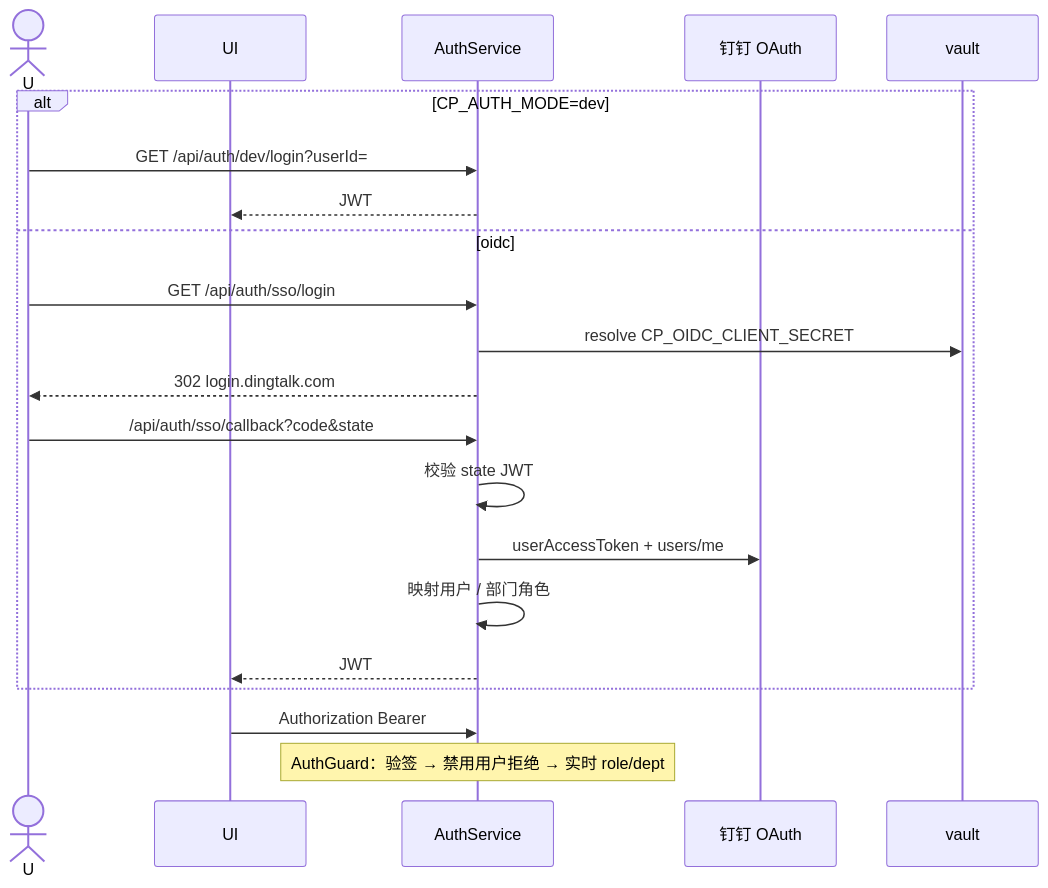
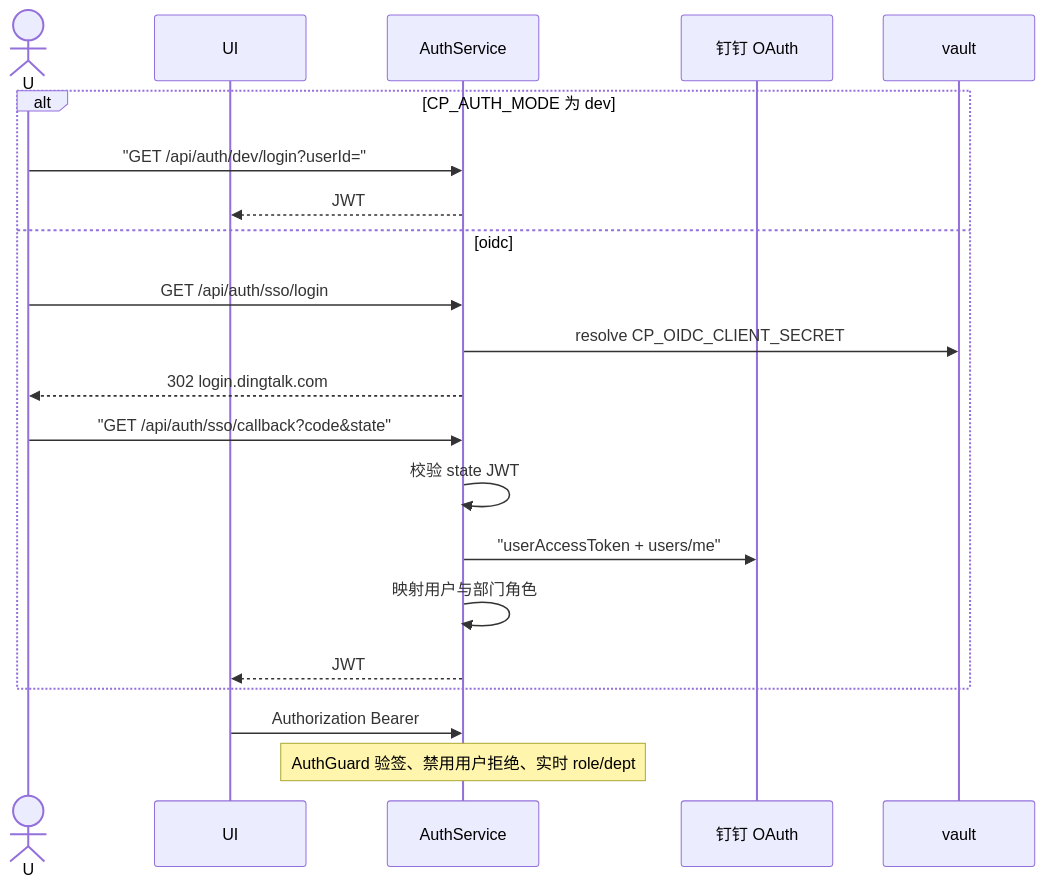
The ninth of 12 diagrams in docs/system-arch42.md (jackyqj/ai-agent-platform), drawn with Mermaid before and after one commit. The commit also changed other lines of this file, not shown here.

````diff
--- a/docs/system-arch42.md
+++ b/docs/system-arch42.md
@@ -497,24 +497,24 @@
 ```mermaid
 sequenceDiagram
   actor U
   participant UI
   participant CP as AuthService
   participant DT as 钉钉 OAuth
   participant V as vault
 
-  alt CP_AUTH_MODE=dev
-    U->>CP: GET /api/auth/dev/login?userId=
+  alt CP_AUTH_MODE 为 dev
+    U->>CP: "GET /api/auth/dev/login?userId="
     CP-->>UI: JWT
   else oidc
     U->>CP: GET /api/auth/sso/login
     CP->>V: resolve CP_OIDC_CLIENT_SECRET
     CP-->>U: 302 login.dingtalk.com
-    U->>CP: /api/auth/sso/callback?code&state
+    U->>CP: "GET /api/auth/sso/callback?code&state"
     CP->>CP: 校验 state JWT
-    CP->>DT: userAccessToken + users/me
-    CP->>CP: 映射用户 / 部门角色
+    CP->>DT: "userAccessToken + users/me"
+    CP->>CP: 映射用户与部门角色
     CP-->>UI: JWT
   end
   UI->>CP: Authorization Bearer
-  Note over CP: AuthGuard：验签 → 禁用用户拒绝 → 实时 role/dept
+  Note over CP: AuthGuard 验签、禁用用户拒绝、实时 role/dept
 ```
````
